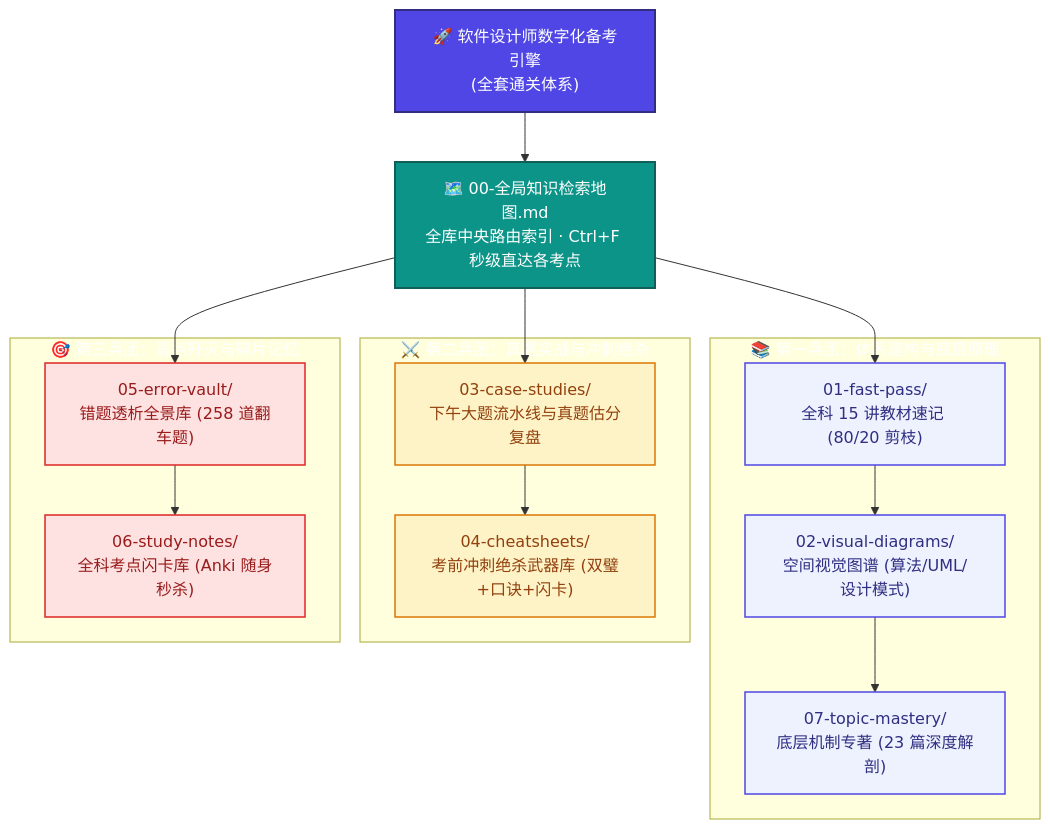
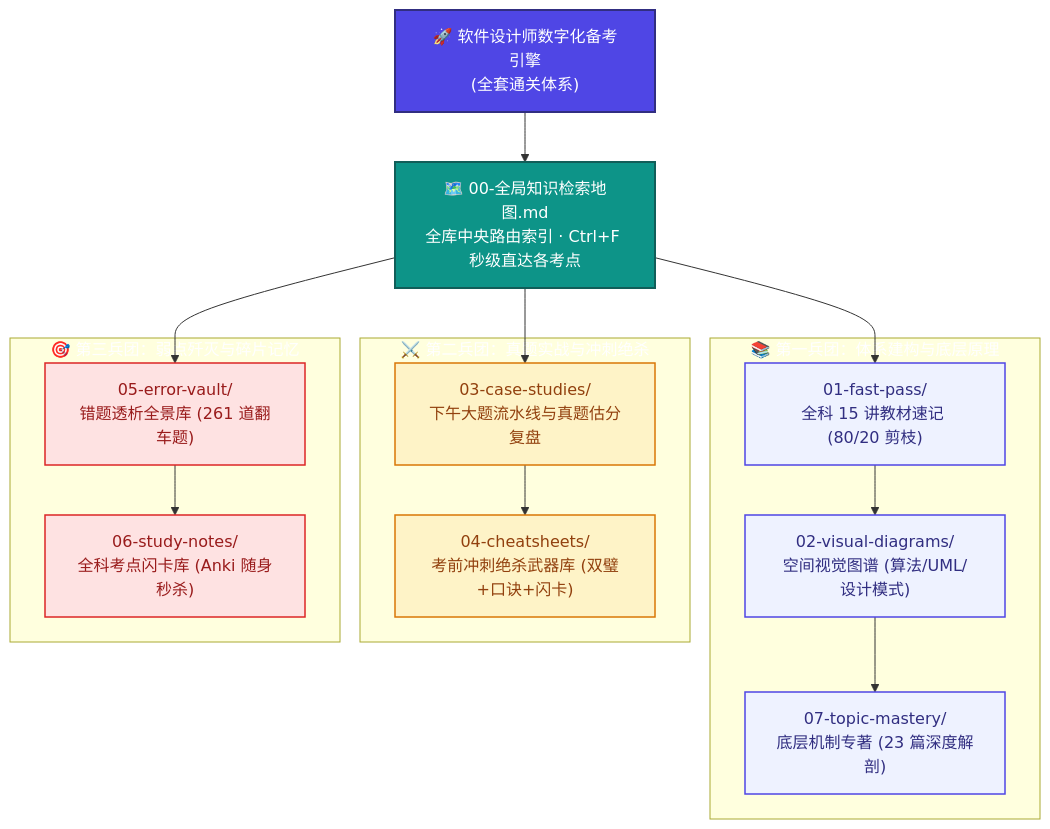
The diagram in README.md (cpsa3/software-designer-fast-pass), drawn with Mermaid before and after one commit. The commit also changed other lines of this file and 2 other files, not shown here.

Commit message:
docs(error-vault): 归档2024年5月机考真题错题259~261并原地升格错题30与错题242为二进宫(测试V模型二进宫/TCP字节序号二进宫/简单选择排序模拟/CRC数据后跟校验/解释器效率)

````diff
--- a/README.md
+++ b/README.md
@@ -70,36 +70,36 @@
 ```mermaid
 flowchart TD
     classDef root fill:#4F46E5,stroke:#312E81,stroke-width:2px,color:#fff
     classDef hub fill:#0D9488,stroke:#115E59,stroke-width:2px,color:#fff
     classDef base fill:#EEF2FF,stroke:#4F46E5,stroke-width:1.5px,color:#312E81
     classDef exam fill:#FEF3C7,stroke:#D97706,stroke-width:1.5px,color:#92400E
     classDef vault fill:#FEE2E2,stroke:#DC2626,stroke-width:1.5px,color:#991B1B
 
     Root["🚀 软件设计师数字化备考引擎<br>(全套通关体系)"]:::root
     Map["🗺️ 00-全局知识检索地图.md<br>全库中央路由索引 · Ctrl+F 秒级直达各考点"]:::hub
 
     Root --> Map
 
     subgraph G1["📚 第一兵团：体系建构与底层原理"]
         M1["01-fast-pass/<br>全科 15 讲教材速记 (80/20 剪枝)"]:::base
         M2["02-visual-diagrams/<br>空间视觉图谱 (算法/UML/设计模式)"]:::base
         M7["07-topic-mastery/<br>底层机制专著 (23 篇深度解剖)"]:::base
         M1 --> M2 --> M7
     end
 
     subgraph G2["⚔️ 第二兵团：真题实战与冲刺绝杀"]
         M3["03-case-studies/<br>下午大题流水线与真题估分复盘"]:::exam
         M4["04-cheatsheets/<br>考前冲刺绝杀武器库 (双璧+口诀+闪卡)"]:::exam
         M3 --> M4
     end
 
     subgraph G3["🎯 第三兵团：弱点歼灭与碎片记忆"]
-        M5["05-error-vault/<br>错题透析全景库 (258 道翻车题)"]:::vault
+        M5["05-error-vault/<br>错题透析全景库 (261 道翻车题)"]:::vault
         M6["06-study-notes/<br>全科考点闪卡库 (Anki 随身秒杀)"]:::vault
         M5 --> M6
     end
 
     Map --> M1
     Map --> M3
     Map --> M5
 ```
````
